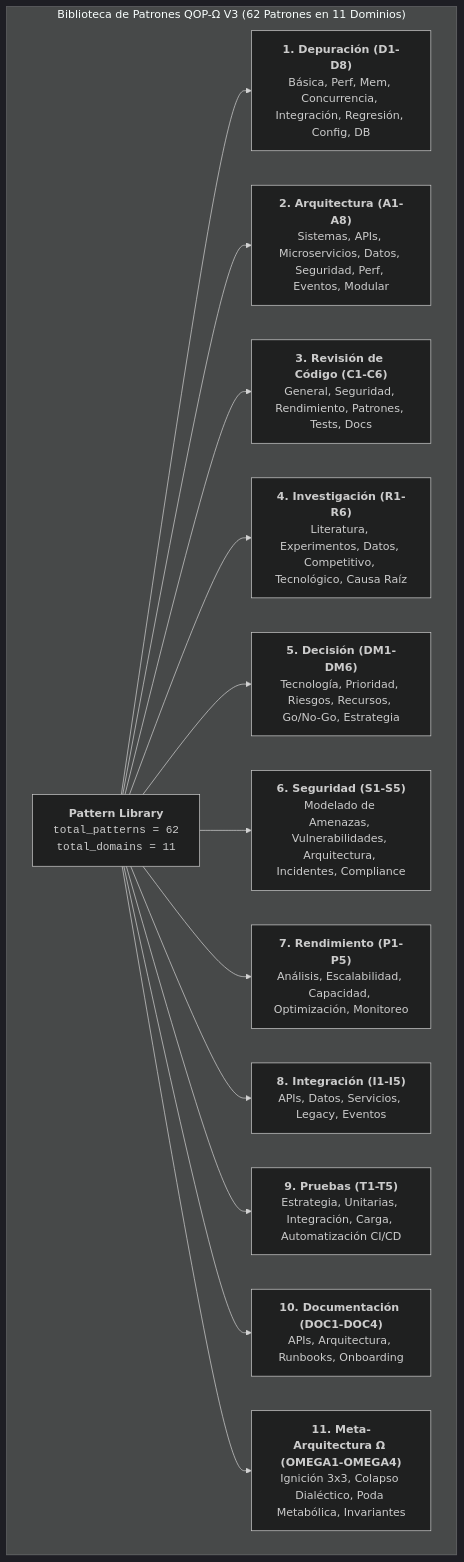
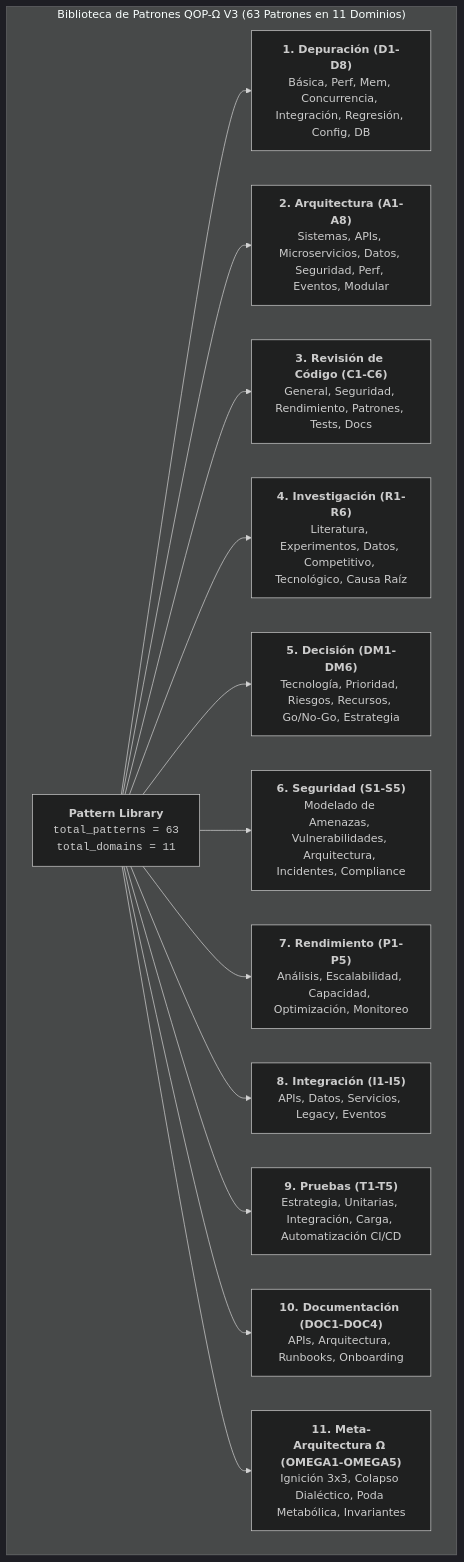
Before and after one commit to plantacerium/Iterable-Interaction-Manual-Human-AI-AI-Human: diagram 26 of 31 in Agents-Questions-First-Protocol-Omega-Core.md, drawn with Mermaid (dark theme). The commit also changed other lines of this file, not shown here.

````diff
--- a/Agents-Questions-First-Protocol-Omega-Core.md
+++ b/Agents-Questions-First-Protocol-Omega-Core.md
@@ -1049,18 +1695,18 @@
 ```mermaid
 flowchart TD
-    subgraph "Biblioteca de Patrones QOP-Ω V3 (62 Patrones en 11 Dominios)"
-        Lib["<b>Pattern Library</b><br/><code>total_patterns = 62</code><br/><code>total_domains = 11</code>"]
+    subgraph "Biblioteca de Patrones QOP-Ω V3 (63 Patrones en 11 Dominios)"
+        Lib["<b>Pattern Library</b><br/><code>total_patterns = 63</code><br/><code>total_domains = 11</code>"]
         
         Lib --> D1["<b>1. Depuración (D1-D8)</b><br/>Básica, Perf, Mem, Concurrencia, Integración, Regresión, Config, DB"]
         Lib --> D2["<b>2. Arquitectura (A1-A8)</b><br/>Sistemas, APIs, Microservicios, Datos, Seguridad, Perf, Eventos, Modular"]
         Lib --> D3["<b>3. Revisión de Código (C1-C6)</b><br/>General, Seguridad, Rendimiento, Patrones, Tests, Docs"]
         Lib --> D4["<b>4. Investigación (R1-R6)</b><br/>Literatura, Experimentos, Datos, Competitivo, Tecnológico, Causa Raíz"]
         Lib --> D5["<b>5. Decisión (DM1-DM6)</b><br/>Tecnología, Prioridad, Riesgos, Recursos, Go/No-Go, Estrategia"]
         Lib --> D6["<b>6. Seguridad (S1-S5)</b><br/>Modelado de Amenazas, Vulnerabilidades, Arquitectura, Incidentes, Compliance"]
         Lib --> D7["<b>7. Rendimiento (P1-P5)</b><br/>Análisis, Escalabilidad, Capacidad, Optimización, Monitoreo"]
         Lib --> D8["<b>8. Integración (I1-I5)</b><br/>APIs, Datos, Servicios, Legacy, Eventos"]
         Lib --> D9["<b>9. Pruebas (T1-T5)</b><br/>Estrategia, Unitarias, Integración, Carga, Automatización CI/CD"]
         Lib --> D10["<b>10. Documentación (DOC1-DOC4)</b><br/>APIs, Arquitectura, Runbooks, Onboarding"]
-        Lib --> D11["<b>11. Meta-Arquitectura Ω (OMEGA1-OMEGA4)</b><br/>Ignición 3x3, Colapso Dialéctico, Poda Metabólica, Invariantes"]
+        Lib --> D11["<b>11. Meta-Arquitectura Ω (OMEGA1-OMEGA5)</b><br/>Ignición 3x3, Colapso Dialéctico, Poda Metabólica, Invariantes"]
     end
 ```
````
